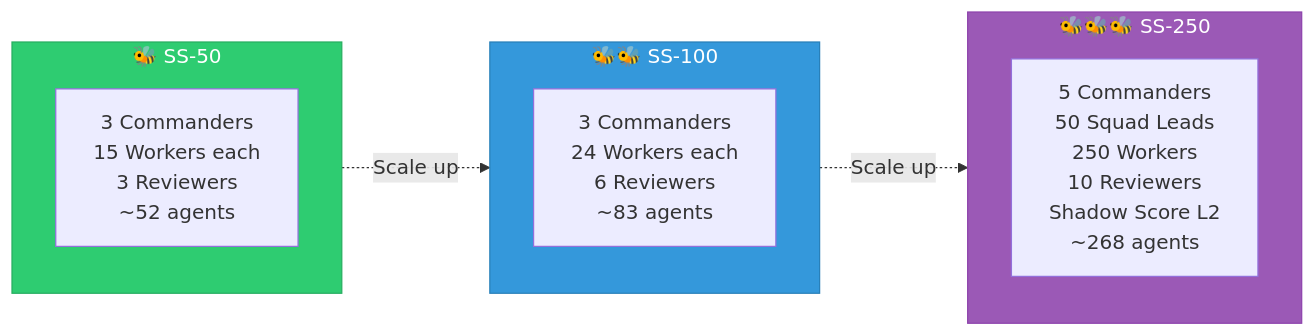
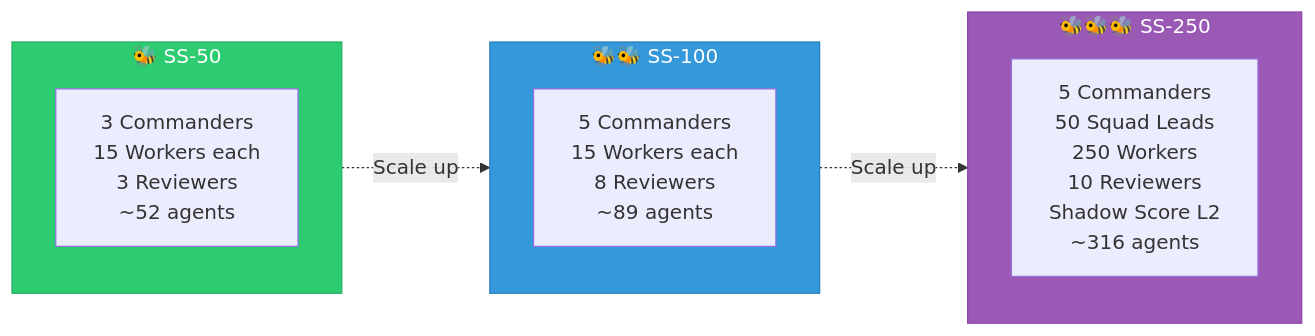
The seventh of 7 diagrams in docs/architecture-diagrams.md (DUBSOpenHub/swarm-command), drawn with Mermaid before and after one commit. The commit also changed other lines of this file and 12 other files, not shown here.

````diff
--- a/docs/architecture-diagrams.md
+++ b/docs/architecture-diagrams.md
@@ -243,21 +238,21 @@
 ```mermaid
 graph LR
     subgraph SS50["🐝 SS-50"]
         A50["3 Commanders<br/>15 Workers each<br/>3 Reviewers<br/>~52 agents"]
     end
 
     subgraph SS100["🐝🐝 SS-100"]
-        A100["3 Commanders<br/>24 Workers each<br/>6 Reviewers<br/>~83 agents"]
+        A100["5 Commanders<br/>15 Workers each<br/>8 Reviewers<br/>~89 agents"]
     end
 
     subgraph SS250["🐝🐝🐝 SS-250"]
-        A250["5 Commanders<br/>50 Squad Leads<br/>250 Workers<br/>10 Reviewers<br/>Shadow Score L2<br/>~268 agents"]
+        A250["5 Commanders<br/>50 Squad Leads<br/>250 Workers<br/>10 Reviewers<br/>Shadow Score L2<br/>~316 agents"]
     end
 
     SS50 -.->|"Scale up"| SS100
     SS100 -.->|"Scale up"| SS250
 
     style SS50 fill:#2ecc71,stroke:#27ae60,color:#fff
     style SS100 fill:#3498db,stroke:#2980b9,color:#fff
     style SS250 fill:#9b59b6,stroke:#8e44ad,color:#fff
 ```
````
